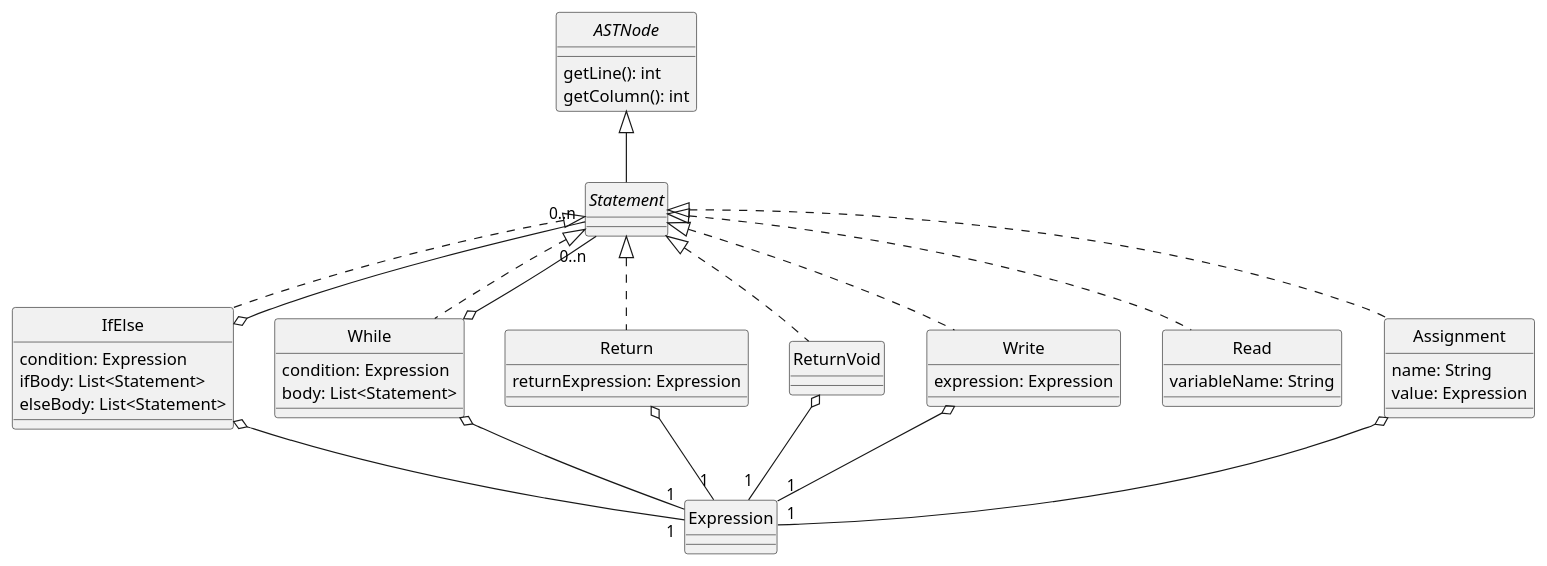
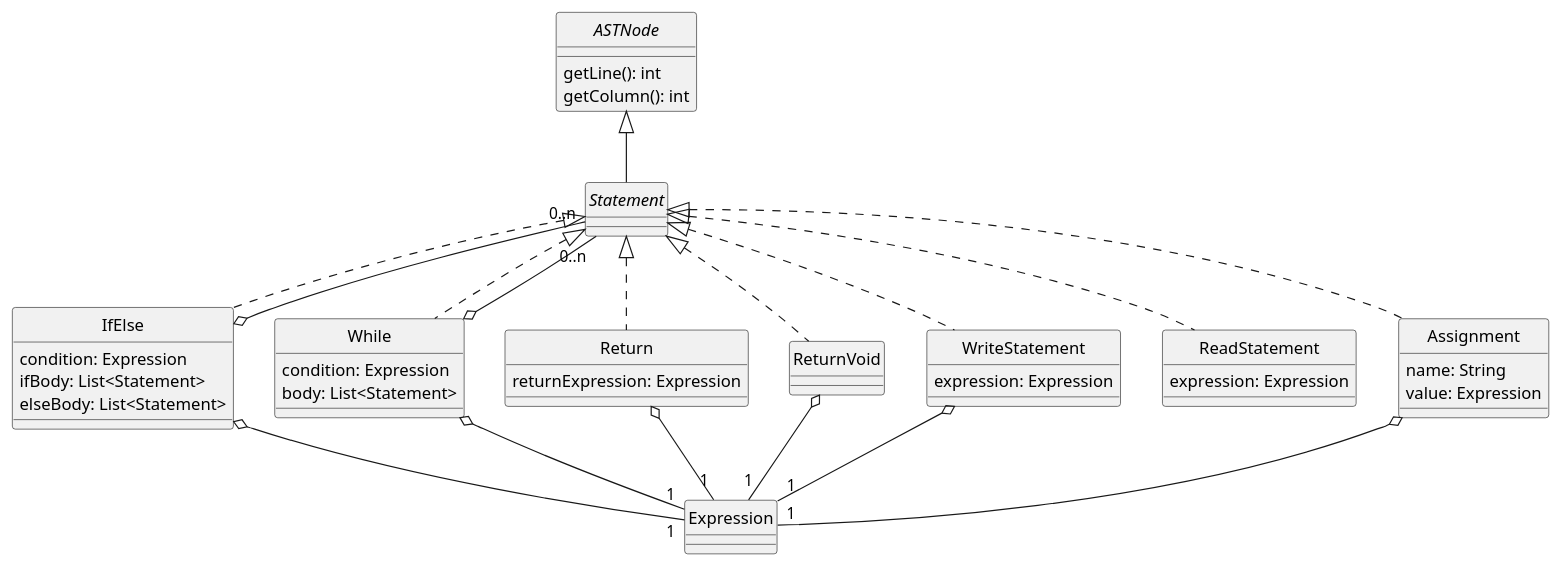
The diagram in docs/diagrams/statements.plantuml (DavidGonzalezFernandez/dlp-compiler), drawn with PlantUML before and after one commit.

Commit message:
Modifico read en el diagrama UML

```diff
--- a/docs/diagrams/statements.plantuml
+++ b/docs/diagrams/statements.plantuml
@@ -1,74 +1,75 @@
 @startuml Statements
 skinparam style strictuml
 skinparam monochrome true
 
 interface ASTNode {
     getLine(): int
     getColumn(): int
 }
 
 interface Statement
 ASTNode <|-- Statement
 
 /'
 Una sentencia condicional se define usando la palabra clave if seguida de una condición.
 El cuerpo de dicha sentencia estará comprendido entre do y end.
 Se podrá usar la palabra clave else.
 '/
 class IfElse {
     condition: Expression
     ifBody: List<Statement>
     elseBody: List<Statement>   /'puede no haber else, la lista estaría vacía'/
 }
+' TODO: comprobar composición
 Statement <|.. IfElse
 IfElse o-- "1" Expression
 IfElse o-- "0..n" Statement
 
 class While {
     condition: Expression
     body: List<Statement>
 }
+' TODO: comprobar composición
 Statement <|.. While
 While o-- "1" Expression
 While o-- "0..n" Statement
 
 ' El return debe estar seguido obligatoriamente de una expresión
 class Return {
-    returnExpression: Expression    /'qué '/
+    returnExpression: Expression
 }
+' TODO: comprobar composición
 Statement <|.. Return
 Return o-- "1" Expression
 
 ' Return para cuando no se devuelve una expresión
 class ReturnVoid
+' TODO: comprobar composición
 Statement <|.. ReturnVoid
 ReturnVoid o-- "1" Expression
 
-/'  El print de toda la vida TODO: analizar si mantener el nombre
-    "Una escritura se compone por la palabra reservada puts y una lista de expresiones separadas por comas"
-    Write no tiene una lista de Expression, se genera un Write para cada Expression
-'/
-class Write {
+' Write no tiene una lista de Expression, se genera un Write para cada Expression
+class WriteStatement {
     expression: Expression
 }
-Statement <|.. Write
-Write o-- "1" Expression
+' TODO: comprobar composición
+Statement <|.. WriteStatement
+WriteStatement o-- "1" Expression
 
-/'
-    El input de toda la vida TODO: analizar si cambiar el nombre
-'/
-class Read {
-    variableName: String
-    'TODO ¿hay que añadir una expresión?
+
+class ReadStatement {
+    expression: Expression
 }
-Statement <|.. Read
+' TODO: comprobar composición
+Statement <|.. ReadStatement
 
 ' Una asignación está compuesta por dos expresiones separadas por el operador =.
 class Assignment {
     name: String
     value: Expression
 }
+' TODO: comprobar composición
 Statement <|.. Assignment
 Assignment o-- "1" Expression
 
 @enduml
```
